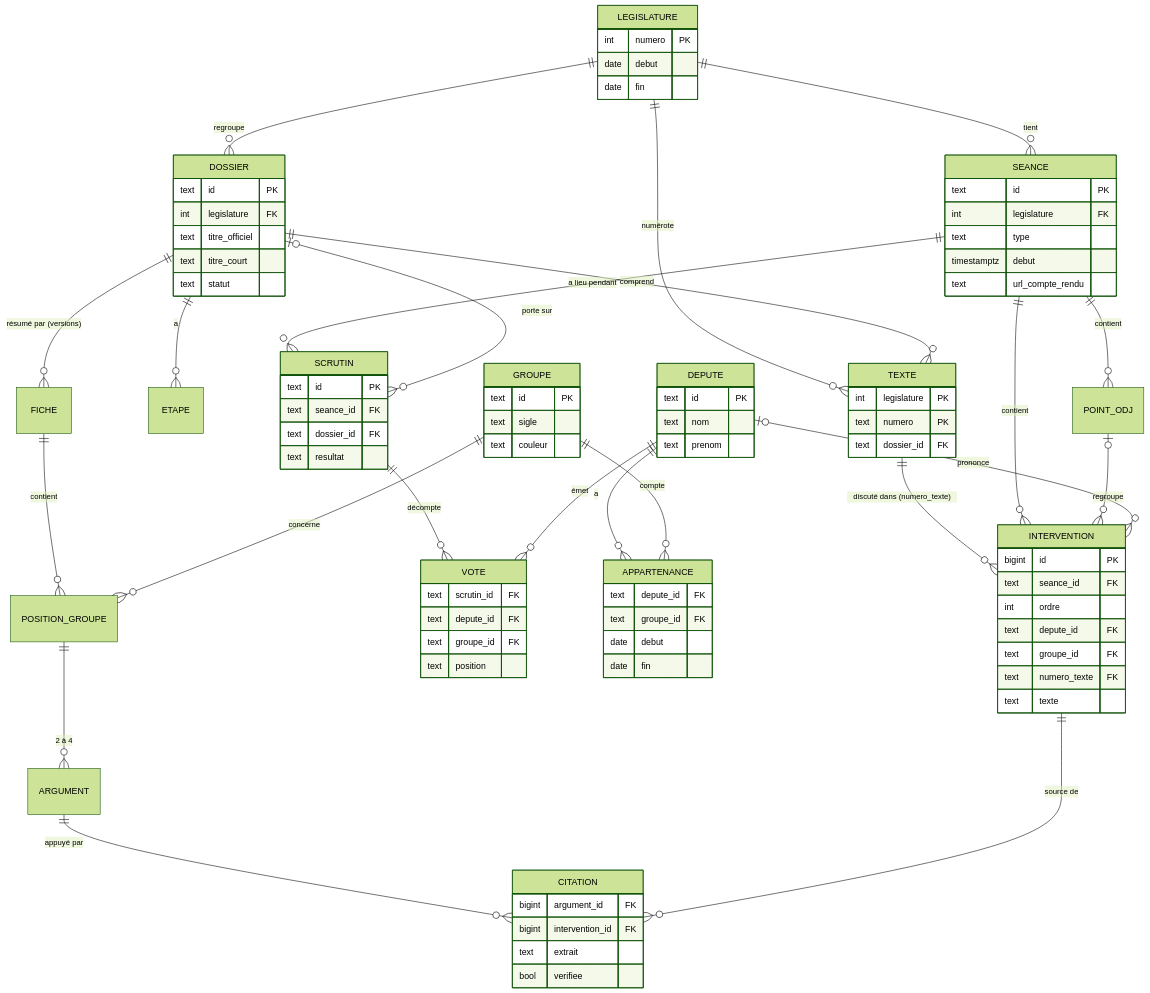
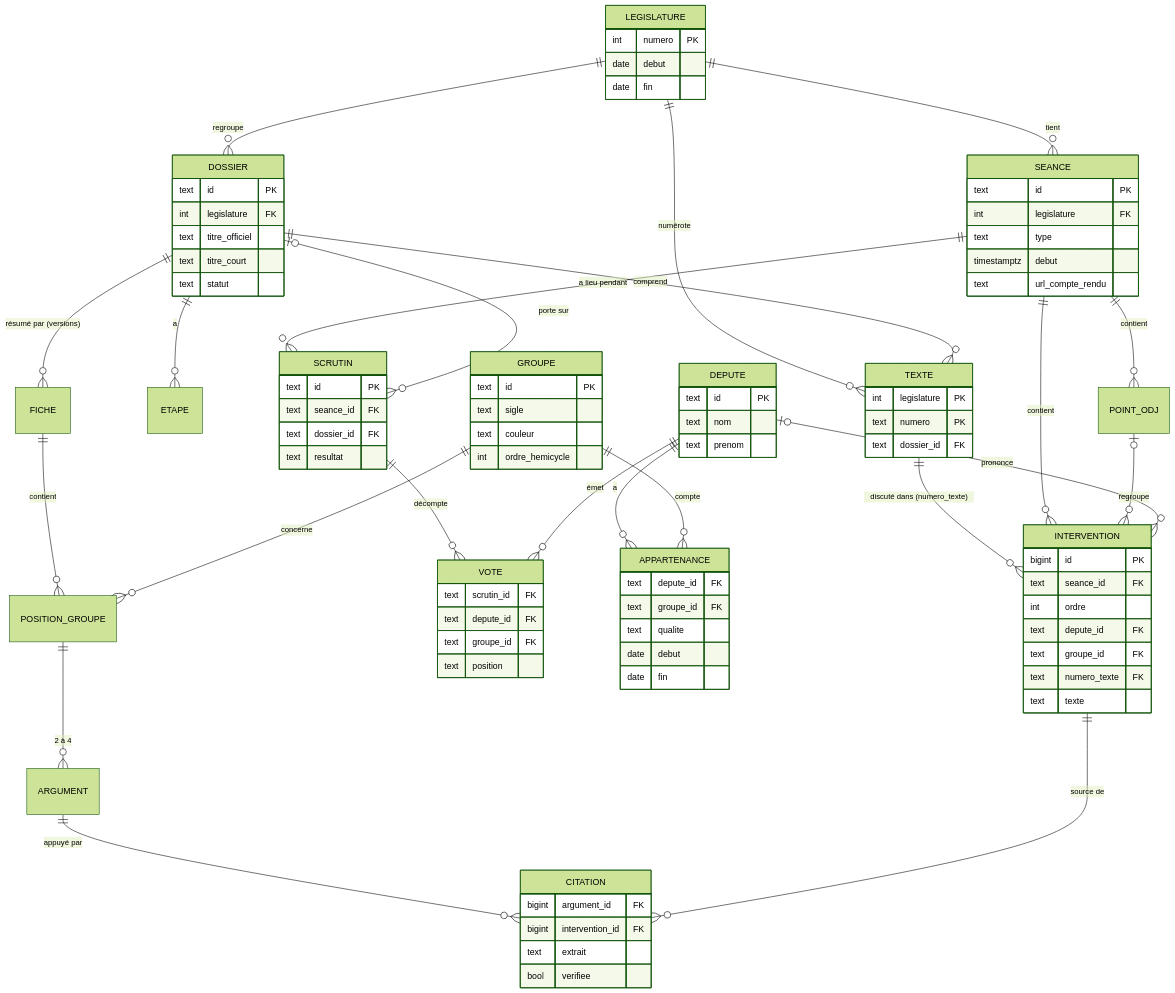
One commit to Augustin734/mot-pour-mot changed the diagram in docs/cadrage/04-modele-de-donnees.md. Above: the diagram before and after it, drawn with Mermaid (forest theme). The commit also changed 13 other files, not shown here.

````diff
--- a/docs/cadrage/04-modele-de-donnees.md
+++ b/docs/cadrage/04-modele-de-donnees.md
@@ -5,37 +5,37 @@
 ```mermaid
 erDiagram
     LEGISLATURE ||--o{ DOSSIER : "regroupe"
     LEGISLATURE ||--o{ TEXTE : "numérote"
     LEGISLATURE ||--o{ SEANCE : "tient"
     DOSSIER ||--o{ ETAPE : "a"
     DOSSIER ||--o{ TEXTE : "comprend"
     TEXTE ||--o{ INTERVENTION : "discuté dans (numero_texte)"
     SEANCE ||--o{ POINT_ODJ : "contient"
     SEANCE ||--o{ INTERVENTION : "contient"
     POINT_ODJ |o--o{ INTERVENTION : "regroupe"
     SEANCE ||--o{ SCRUTIN : "a lieu pendant"
     DOSSIER |o--o{ SCRUTIN : "porte sur"
     SCRUTIN ||--o{ VOTE : "décompte"
     DEPUTE ||--o{ VOTE : "émet"
     DEPUTE |o--o{ INTERVENTION : "prononce"
     DEPUTE ||--o{ APPARTENANCE : "a"
     GROUPE ||--o{ APPARTENANCE : "compte"
     DOSSIER ||--o{ FICHE : "résumé par (versions)"
     FICHE ||--o{ POSITION_GROUPE : "contient"
     GROUPE ||--o{ POSITION_GROUPE : "concerne"
     POSITION_GROUPE ||--o{ ARGUMENT : "2 à 4"
     ARGUMENT ||--o{ CITATION : "appuyé par"
     INTERVENTION ||--o{ CITATION : "source de"
 
     LEGISLATURE { int numero PK  date debut  date fin }
     DOSSIER { text id PK  int legislature FK  text titre_officiel  text titre_court  text statut }
     TEXTE { int legislature PK  text numero PK  text dossier_id FK }
     SEANCE { text id PK  int legislature FK  text type  timestamptz debut  text url_compte_rendu }
     INTERVENTION { bigint id PK  text seance_id FK  int ordre  text depute_id FK  text groupe_id FK  text numero_texte FK  text texte }
-    GROUPE { text id PK  text sigle  text couleur }
+    GROUPE { text id PK  text sigle  text couleur  int ordre_hemicycle }
     DEPUTE { text id PK  text nom  text prenom }
-    APPARTENANCE { text depute_id FK  text groupe_id FK  date debut  date fin }
+    APPARTENANCE { text depute_id FK  text groupe_id FK  text qualite  date debut  date fin }
     SCRUTIN { text id PK  text seance_id FK  text dossier_id FK  text resultat }
     VOTE { text scrutin_id FK  text depute_id FK  text groupe_id FK  text position }
     CITATION { bigint argument_id FK  bigint intervention_id FK  text extrait  bool verifiee }
 ```
````
